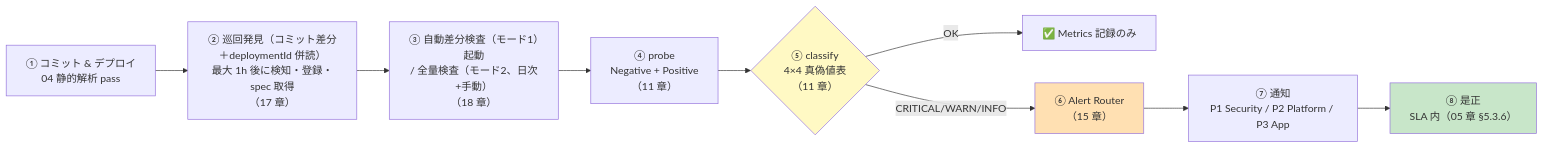
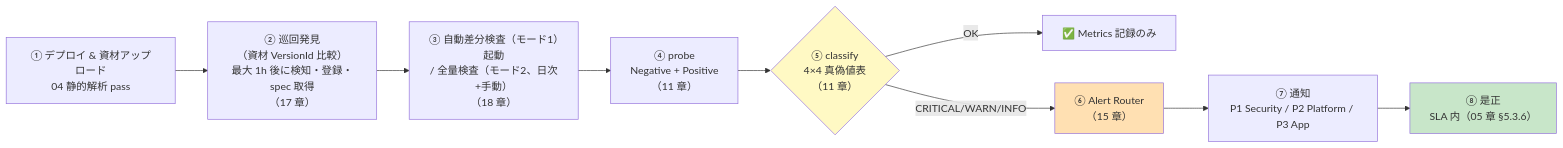
Before and after one commit to suepie/aws-atuh-poc: the third of 7 diagrams in doc/api-platform/basic-design/10-external-monitoring-overview.md, drawn with Mermaid. The commit also changed other lines of this file and 16 other files, not shown here.

````diff
--- a/doc/api-platform/basic-design/10-external-monitoring-overview.md
+++ b/doc/api-platform/basic-design/10-external-monitoring-overview.md
@@ -171,14 +172,14 @@
 ```mermaid
 flowchart LR
-    D["① コミット & デプロイ<br/>04 静的解析 pass"] --> R["② 巡回発見（コミット差分<br/>＋deploymentId 併読）<br/>最大 1h 後に検知・登録・spec 取得<br/>（17 章）"]
+    D["① デプロイ & 資材アップロード<br/>04 静的解析 pass"] --> R["② 巡回発見<br/>（資材 VersionId 比較）<br/>最大 1h 後に検知・登録・spec 取得<br/>（17 章）"]
     R --> T["③ 自動差分検査（モード1）起動<br/>/ 全量検査（モード2、日次+手動）<br/>（18 章）"]
     T --> P["④ probe<br/>Negative + Positive<br/>（11 章）"]
     P --> C{"⑤ classify<br/>4×4 真偽値表<br/>（11 章）"}
     C -->|OK| OK["✅ Metrics 記録のみ"]
     C -->|CRITICAL/WARN/INFO| A["⑥ Alert Router<br/>（15 章）"]
     A --> N["⑦ 通知<br/>P1 Security / P2 Platform / P3 App"]
     N --> FIX["⑧ 是正<br/>SLA 内（05 章 §5.3.6）"]
     style C fill:#fff9c4
     style A fill:#ffe0b2
     style FIX fill:#c8e6c9
 ```
````
